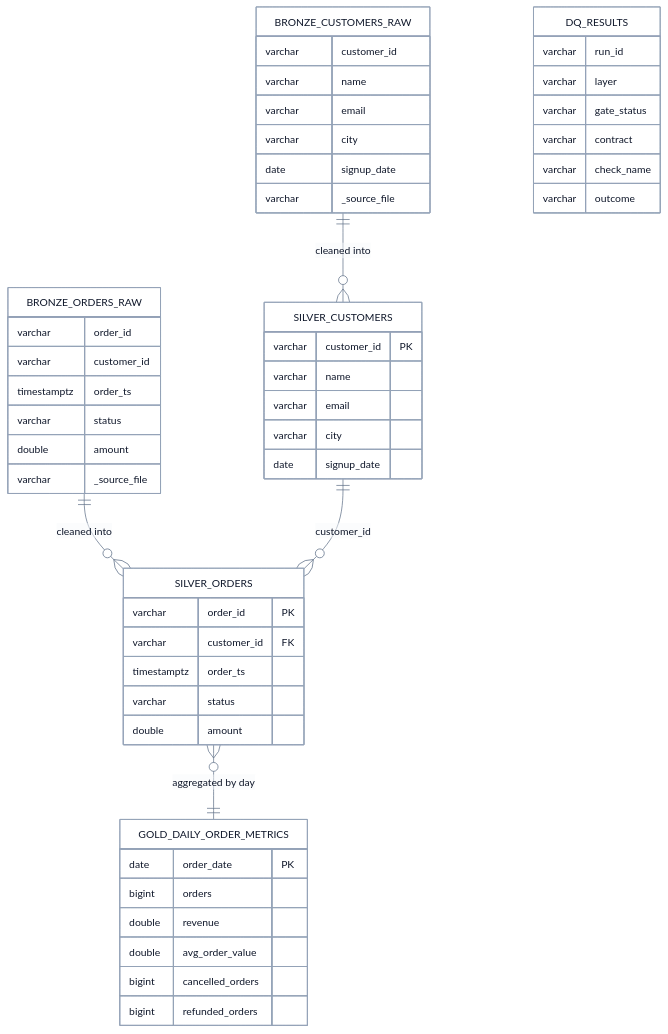
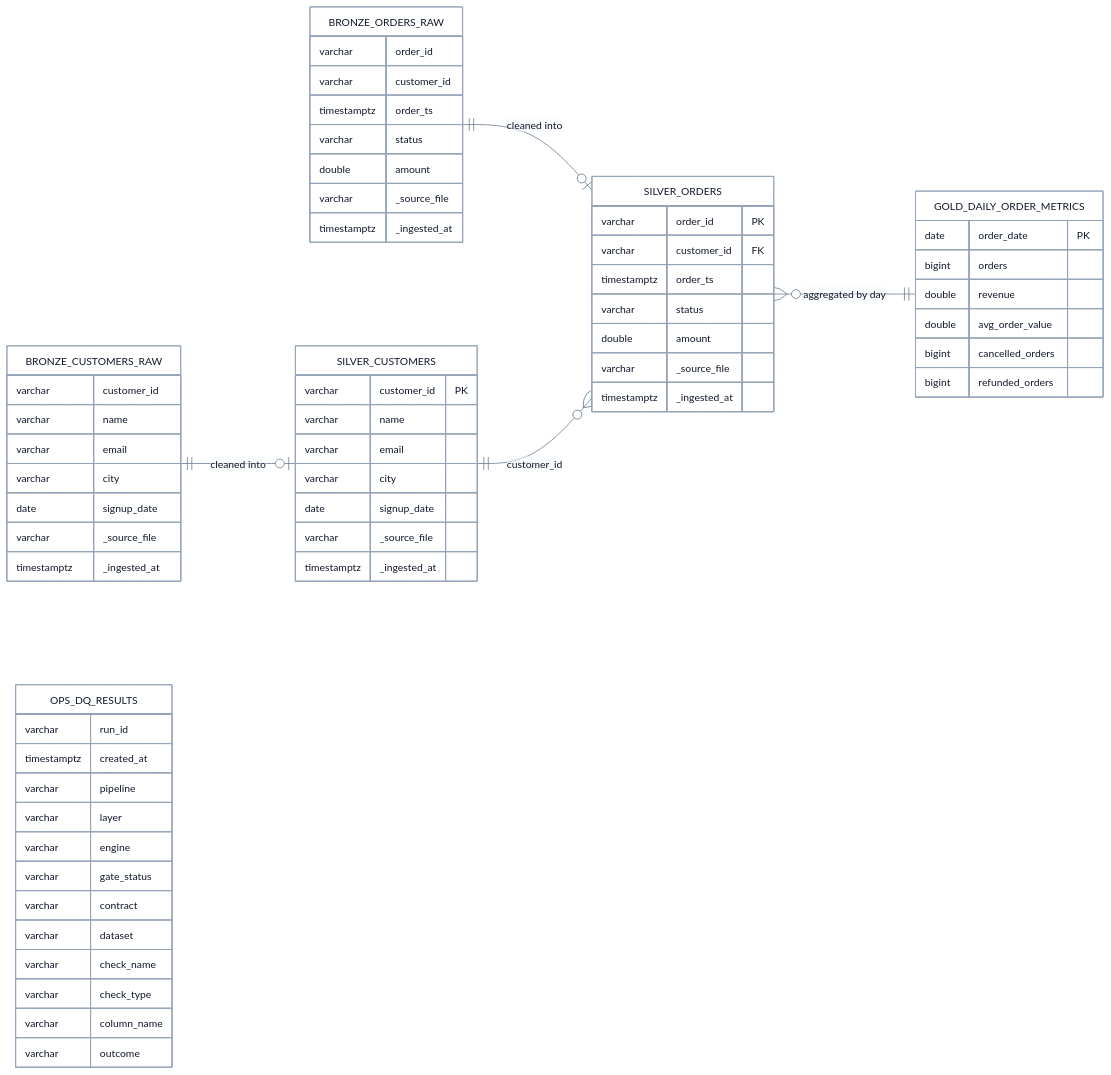
The second of 5 diagrams in docs/architecture/data-flow.md (santoshshinde2012/lakehouse-quality-gates), drawn with Mermaid before and after one commit. The commit also changed other lines of this file and 48 other files, not shown here.

````diff
--- a/docs/architecture/data-flow.md
+++ b/docs/architecture/data-flow.md
@@ -73,58 +73,71 @@
 ```mermaid
 %%{init: {'theme':'base','themeVariables':{'fontFamily':'Inter, system-ui, -apple-system, Segoe UI, Helvetica, Arial, sans-serif','fontSize':'14px','primaryColor':'#ffffff','primaryTextColor':'#0f172a','primaryBorderColor':'#94a3b8','secondaryColor':'#f8fafc','tertiaryColor':'#f8fafc','lineColor':'#64748b','textColor':'#0f172a','clusterBkg':'#f8fafc','clusterBorder':'#cbd5e1','titleColor':'#334155','edgeLabelBackground':'#ffffff','noteBkgColor':'#f8fafc','noteTextColor':'#0f172a','noteBorderColor':'#cbd5e1','actorBkg':'#ffffff','actorBorder':'#94a3b8','actorTextColor':'#0f172a','actorLineColor':'#94a3b8','signalColor':'#475569','signalTextColor':'#0f172a','labelBoxBkgColor':'#f8fafc','labelBoxBorderColor':'#94a3b8','labelTextColor':'#0f172a','loopTextColor':'#0f172a','activationBkgColor':'#eef2ff','activationBorderColor':'#4f46e5','sequenceNumberColor':'#ffffff','classText':'#0f172a','xyChart':{'backgroundColor':'#ffffff','plotColorPalette':'#4f46e5, #d97706, #0d9488','titleColor':'#0f172a','xAxisLabelColor':'#334155','yAxisLabelColor':'#334155','xAxisLineColor':'#94a3b8','yAxisLineColor':'#94a3b8'}}}}%%
 %% Title: Data model
 %% Purpose: The retail Iceberg tables the gates check and the ops.dq_results table they write
 %% Last updated: 2026-10-13
 %% Theme: docs/diagrams/THEME.md (shared init line above). Edit here, then run: make diagrams
 erDiagram
-  BRONZE_CUSTOMERS_RAW ||--o{ SILVER_CUSTOMERS : "cleaned into"
-  BRONZE_ORDERS_RAW ||--o{ SILVER_ORDERS : "cleaned into"
+  direction LR
+  BRONZE_CUSTOMERS_RAW ||--o| SILVER_CUSTOMERS : "cleaned into"
+  BRONZE_ORDERS_RAW ||--o| SILVER_ORDERS : "cleaned into"
   SILVER_CUSTOMERS ||--o{ SILVER_ORDERS : "customer_id"
   SILVER_ORDERS }o--|| GOLD_DAILY_ORDER_METRICS : "aggregated by day"
   BRONZE_ORDERS_RAW {
     varchar order_id
     varchar customer_id
     timestamptz order_ts
     varchar status
     double amount
     varchar _source_file
+    timestamptz _ingested_at
   }
   BRONZE_CUSTOMERS_RAW {
     varchar customer_id
     varchar name
     varchar email
     varchar city
     date signup_date
     varchar _source_file
+    timestamptz _ingested_at
   }
   SILVER_ORDERS {
     varchar order_id PK
     varchar customer_id FK
     timestamptz order_ts
     varchar status
     double amount
+    varchar _source_file
+    timestamptz _ingested_at
   }
   SILVER_CUSTOMERS {
     varchar customer_id PK
     varchar name
     varchar email
     varchar city
     date signup_date
+    varchar _source_file
+    timestamptz _ingested_at
   }
   GOLD_DAILY_ORDER_METRICS {
     date order_date PK
     bigint orders
     double revenue
     double avg_order_value
     bigint cancelled_orders
     bigint refunded_orders
   }
-  DQ_RESULTS {
+  OPS_DQ_RESULTS {
     varchar run_id
+    timestamptz created_at
+    varchar pipeline
     varchar layer
+    varchar engine
     varchar gate_status
     varchar contract
+    varchar dataset
     varchar check_name
+    varchar check_type
+    varchar column_name
     varchar outcome
   }
 ```
````
